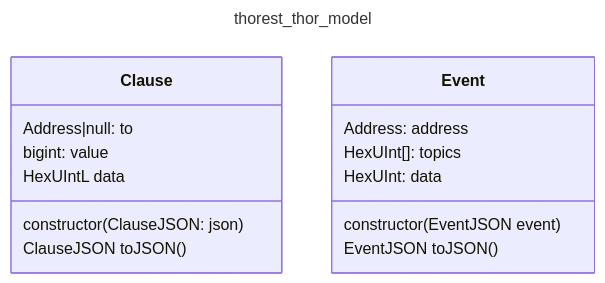
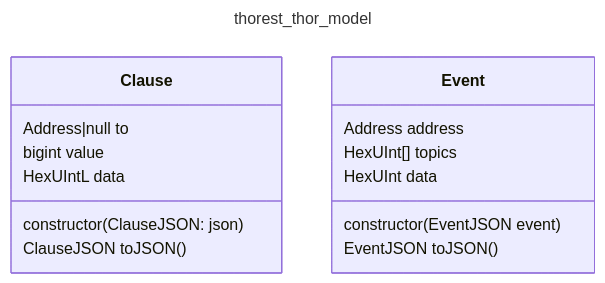
Before and after one commit to vechain/vechain-sdk-js: the diagram in docs/thorest/thor/model/model.mmd, drawn with Mermaid. The commit also changed 9 other files, not shown here.

```diff
--- a/docs/thorest/thor/model/model.mmd
+++ b/docs/thorest/thor/model/model.mmd
@@ -1,18 +1,18 @@
 ---
 title: thorest_thor_model
 ---
 classDiagram
     class Clause {
-        Address|null: to
-        bigint: value
+        Address|null to
+        bigint value
         HexUIntL data
         constructor(ClauseJSON: json)
         ClauseJSON toJSON()
     }
     class Event {
-        Address: address
-        HexUInt[]: topics
-        HexUInt: data
+        Address address
+        HexUInt[] topics
+        HexUInt data
         constructor(EventJSON event)
         EventJSON toJSON()
     }
```
